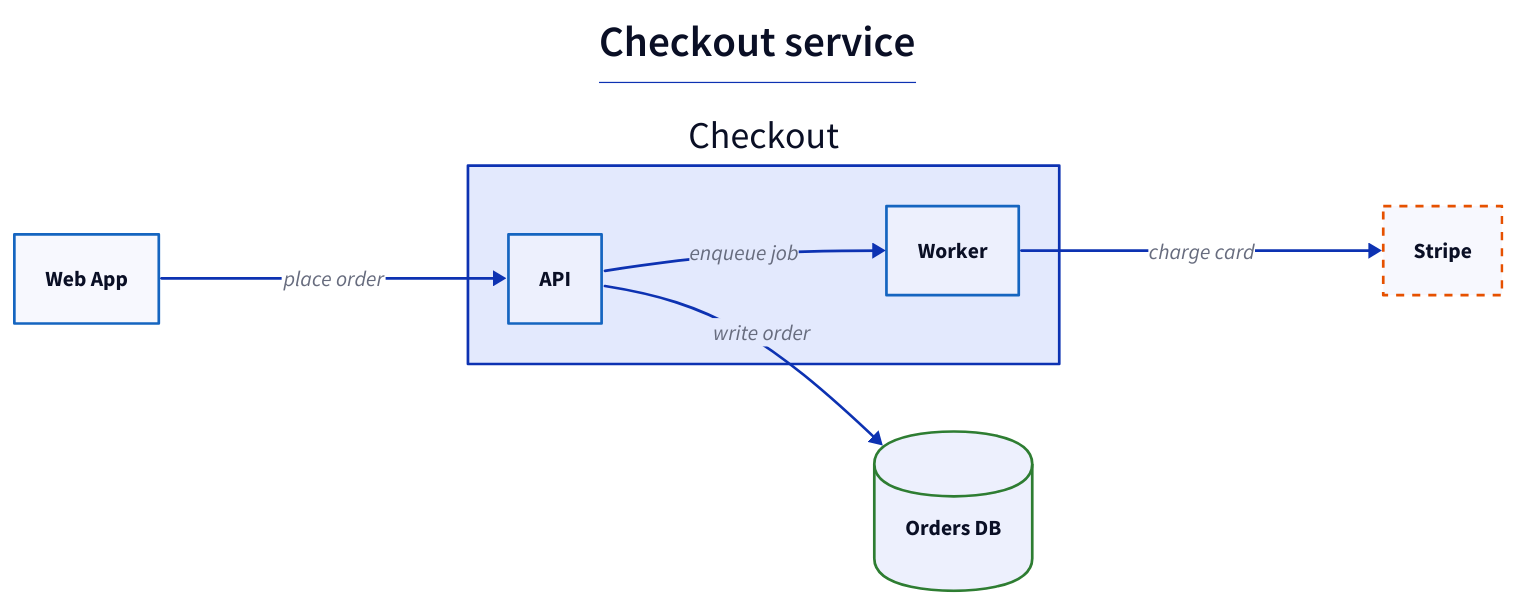
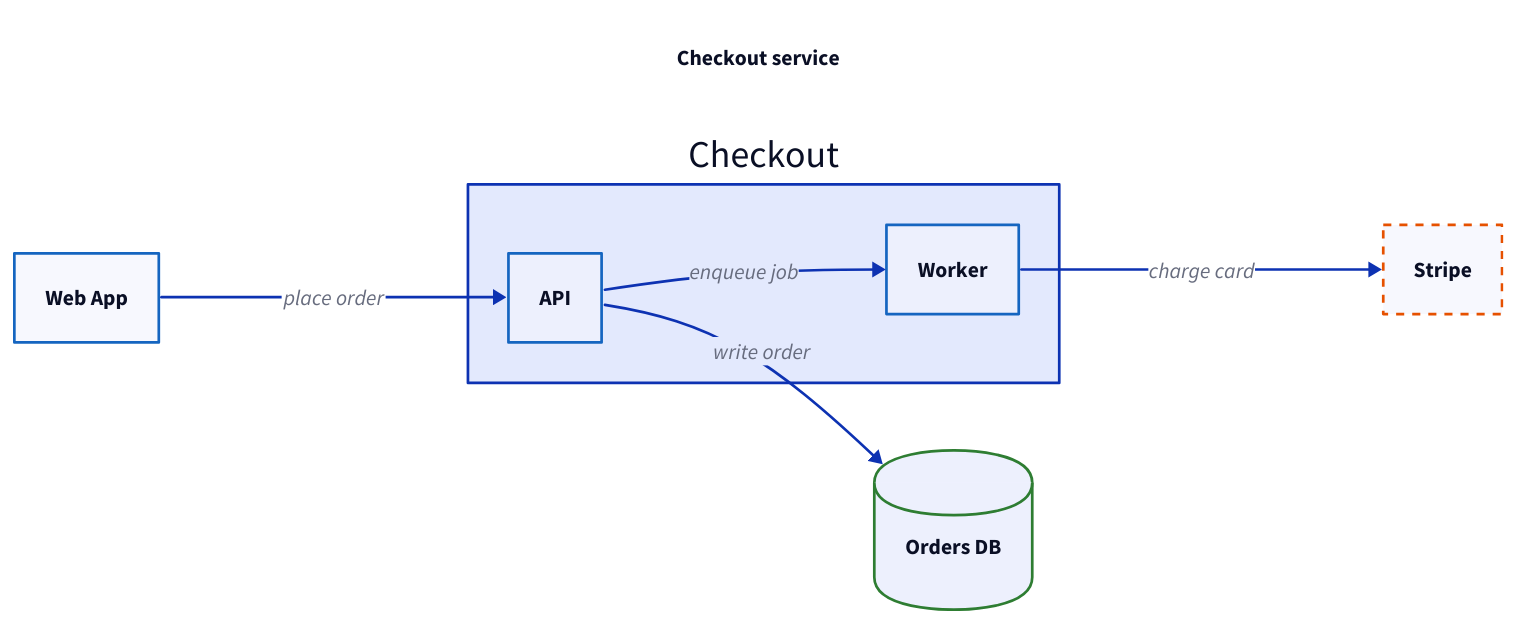
One commit to noamsto/aeye changed the sixth of 9 diagrams in adapters/claude-code/plugin/skills/diagrams/SKILL.md. Above: the diagram before and after it, drawn with D2. The commit also changed other lines of this file and 5 other files, not shown here.

First line of the commit message:
fix(diagrams): warn on |md blocks that render blank in the carousel

````diff
--- a/adapters/claude-code/plugin/skills/diagrams/SKILL.md
+++ b/adapters/claude-code/plugin/skills/diagrams/SKILL.md
@@ -189,20 +195,20 @@
 ```d2
 direction: right
-title: |md # Checkout service | { near: top-center }
+title: Checkout service { near: top-center; style: { stroke-width: 0; fill: transparent } }
 classes: {
   svc:   { style: { stroke: "#1565C0"; stroke-width: 2 } }
   store: { shape: cylinder; style: { stroke: "#2E7D32"; stroke-width: 2 } }
   ext:   { style: { stroke: "#E65100"; stroke-width: 2; stroke-dash: 3 } }
 }
 web: Web App { class: svc }
 core: Checkout {
   api: API { class: svc }
   worker: Worker { class: svc }
   api -> worker: enqueue job
 }
 db: Orders DB { class: store }
 pay: Stripe { class: ext }
 web -> core.api: place order
 core.api -> db: write order
 core.worker -> pay: charge card
 ```
````
